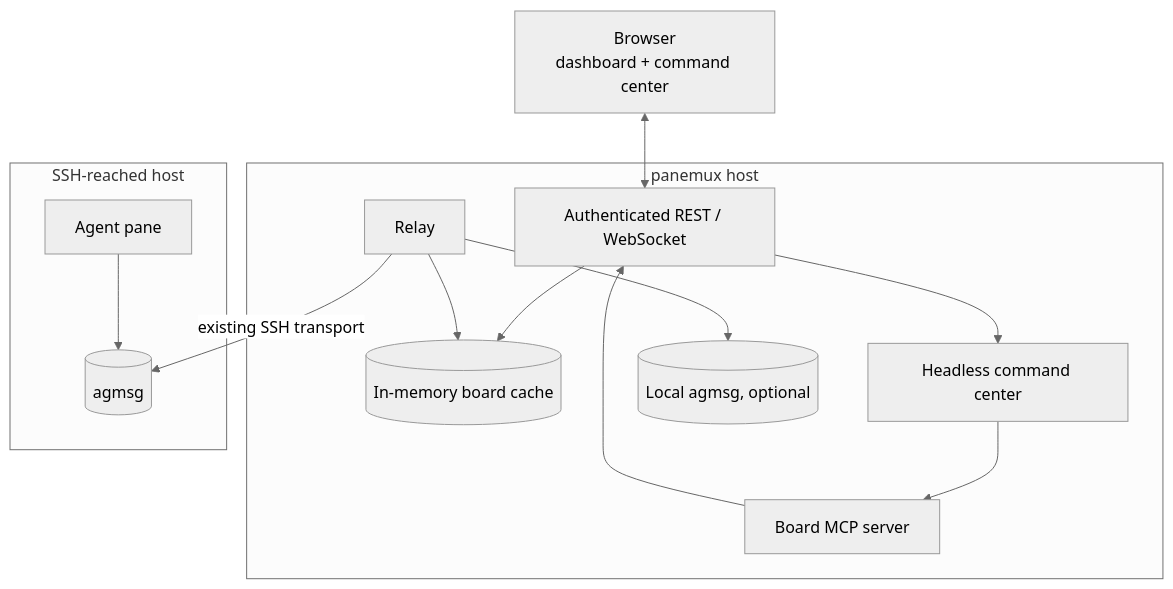
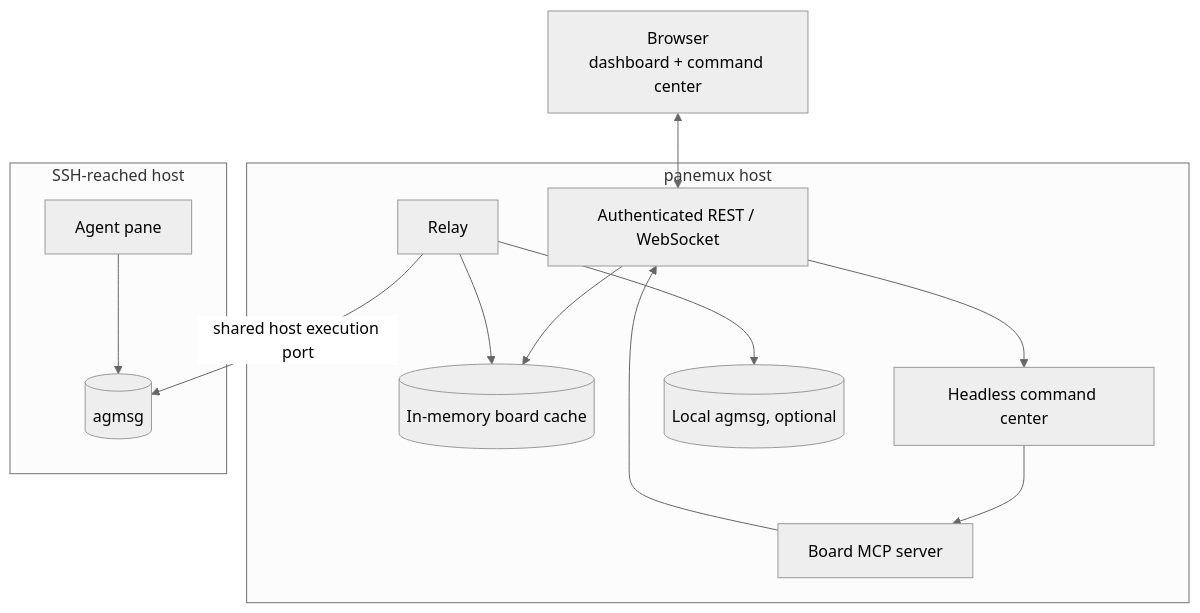
One commit to tomo-chan/panemux changed the diagram in docs/agent-board/architecture.md. Above: the diagram before and after it, drawn with Mermaid (neutral theme). The commit also changed other lines of this file and 52 other files, not shown here.

Commit message:
refactor: share host execution between task and agent boards

````diff
--- a/docs/agent-board/architecture.md
+++ b/docs/agent-board/architecture.md
@@ -7,27 +7,27 @@
 ```mermaid
 flowchart TB
     Browser["Browser<br/>dashboard + command center"]
 
     subgraph PanemuxHost["panemux host"]
         API["Authenticated REST / WebSocket"]
         Cache[("In-memory board cache")]
         Relay["Relay"]
         Command["Headless command center"]
         MCP["Board MCP server"]
         LocalAgmsg[("Local agmsg, optional")]
     end
 
     subgraph RemoteHost["SSH-reached host"]
         RemoteAgmsg[("agmsg")]
         Agent["Agent pane"]
     end
 
     Browser <--> API
     API --> Cache
     API --> Command
     Command --> MCP --> API
     Relay --> Cache
     Relay --> LocalAgmsg
-    Relay -->|existing SSH transport| RemoteAgmsg
+    Relay -->|shared host execution port| RemoteAgmsg
     Agent --> RemoteAgmsg
 ```
````
